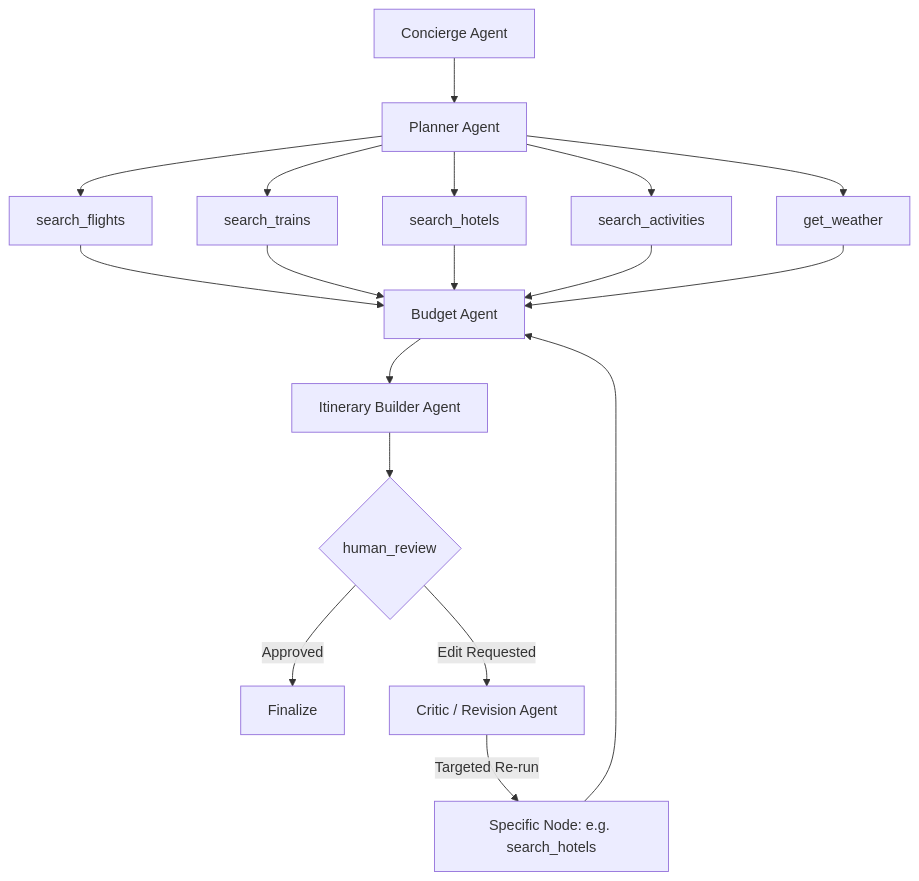
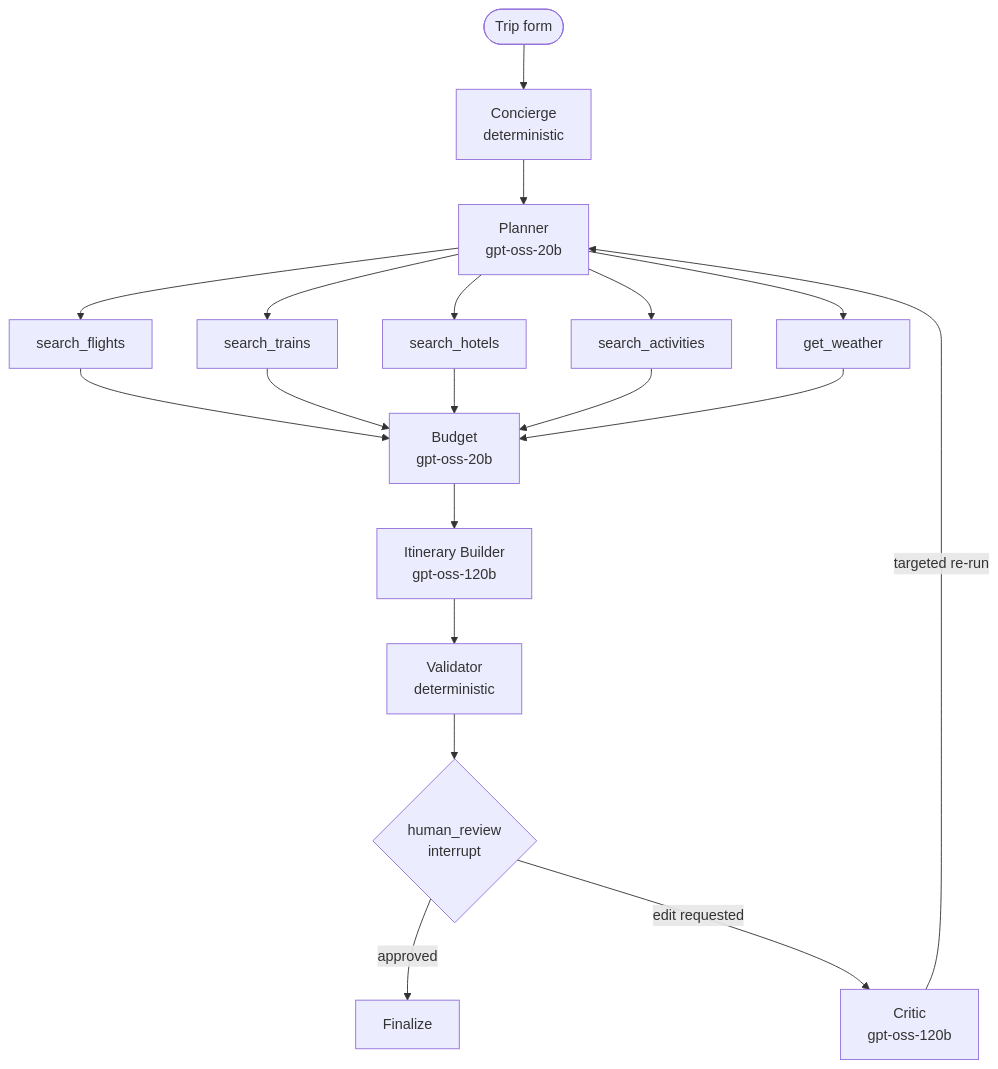
One commit to harshbhanushali26/waypoint changed the diagram in README.md. Above: the diagram before and after it, drawn with Mermaid. The commit also changed other lines of this file and 32 other files, not shown here.

````diff
--- a/README.md
+++ b/README.md
@@ -88,20 +24,25 @@
 ```mermaid
-graph TD
-    A[Concierge Agent] --> B[Planner Agent]
-    B --> C1[search_flights]
-    B --> C2[search_trains]
-    B --> C3[search_hotels]
-    B --> C4[search_activities]
-    B --> C5[get_weather]
-    C1 --> D[Budget Agent]
-    C2 --> D
-    C3 --> D
-    C4 --> D
-    C5 --> D
-    D --> E[Itinerary Builder Agent]
-    E --> F{human_review}
-    F -- Approved --> G[Finalize]
-    F -- Edit Requested --> H[Critic / Revision Agent]
-    H -- Targeted Re-run --> I[Specific Node: e.g. search_hotels]
-    I --> D
+flowchart TD
+    U([Trip form]) --> C[Concierge<br/>deterministic]
+    C --> P[Planner<br/>gpt-oss-20b]
+
+    P --> F[search_flights]
+    P --> T[search_trains]
+    P --> H[search_hotels]
+    P --> A[search_activities]
+    P --> W[get_weather]
+
+    F --> B[Budget<br/>gpt-oss-20b]
+    T --> B
+    H --> B
+    A --> B
+    W --> B
+
+    B --> I[Itinerary Builder<br/>gpt-oss-120b]
+    I --> V[Validator<br/>deterministic]
+    V --> R{human_review<br/>interrupt}
+
+    R -- approved --> Z[Finalize]
+    R -- edit requested --> K[Critic<br/>gpt-oss-120b]
+    K -- targeted re-run --> P
 ```
````
